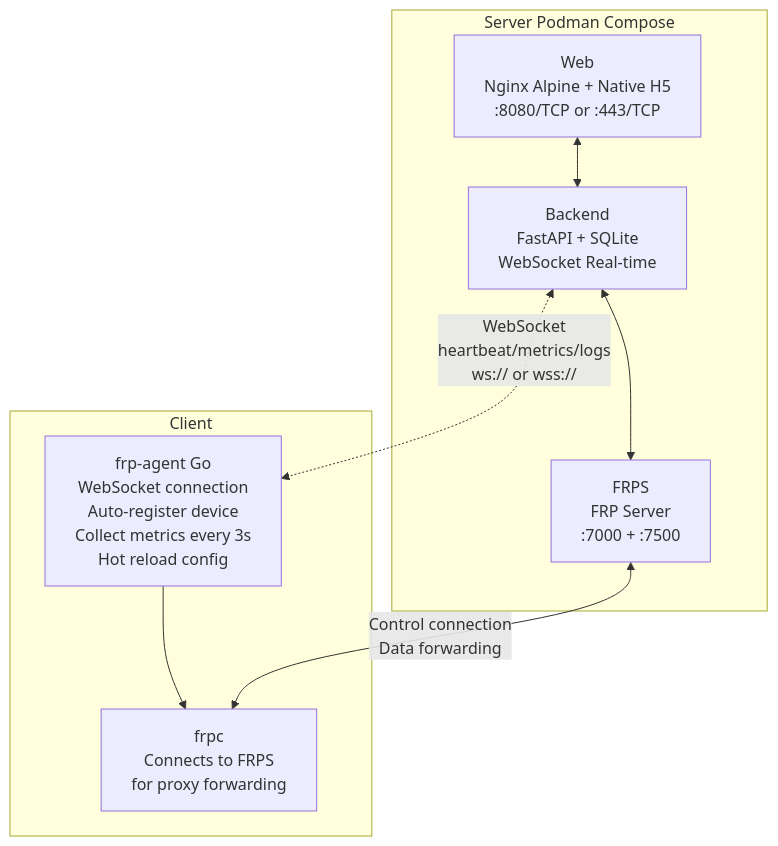
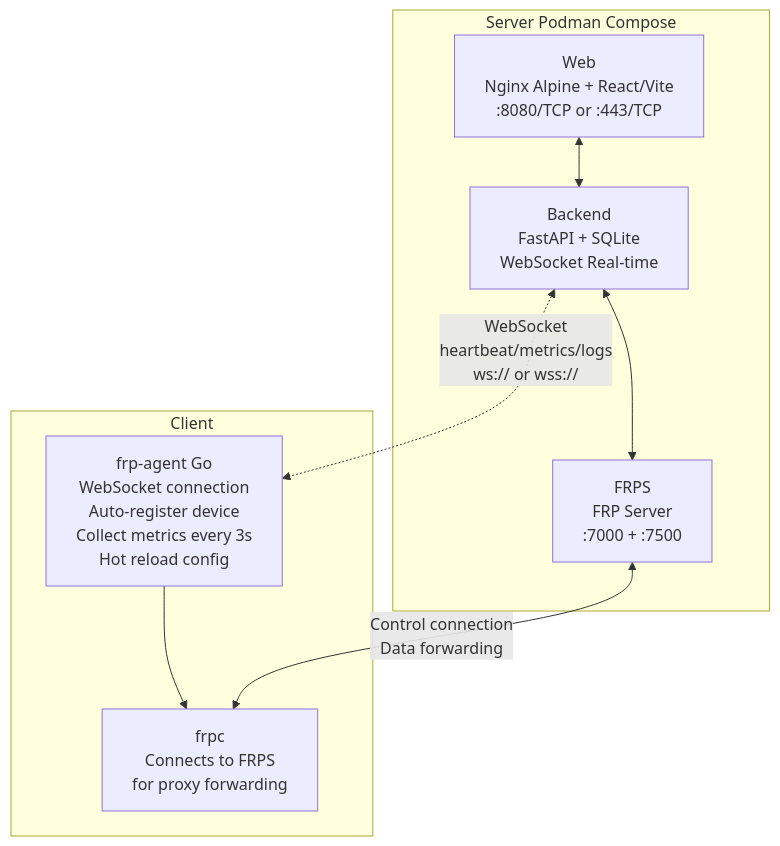
Before and after one commit to GreenhandTan/FRP-ALL-IN-ONE: the diagram in README.en.md, drawn with Mermaid. The commit also changed other lines of this file and 2 other files, not shown here.

````diff
--- a/README.en.md
+++ b/README.en.md
@@ -157,19 +157,19 @@
 ```mermaid
 flowchart TB
     subgraph Server["Server Podman Compose"]
-        Web["Web<br/>Nginx Alpine + Native H5<br/>:8080/TCP or :443/TCP"]
+        Web["Web<br/>Nginx Alpine + React/Vite<br/>:8080/TCP or :443/TCP"]
         Backend["Backend<br/>FastAPI + SQLite<br/>WebSocket Real-time"]
         FRPS["FRPS<br/>FRP Server<br/>:7000 + :7500"]
         Web <--> Backend
         Backend <--> FRPS
     end
 
     subgraph Client["Client"]
         Agent["frp-agent Go<br/>WebSocket connection<br/>Auto-register device<br/>Collect metrics every 3s<br/>Hot reload config"]
         FRPC["frpc<br/>Connects to FRPS<br/>for proxy forwarding"]
         Agent --> FRPC
     end
 
     Backend <-.->|"WebSocket<br/>heartbeat/metrics/logs<br/>ws:// or wss://"| Agent
     FRPS <-->|"Control connection<br/>Data forwarding"| FRPC
 ```
````
